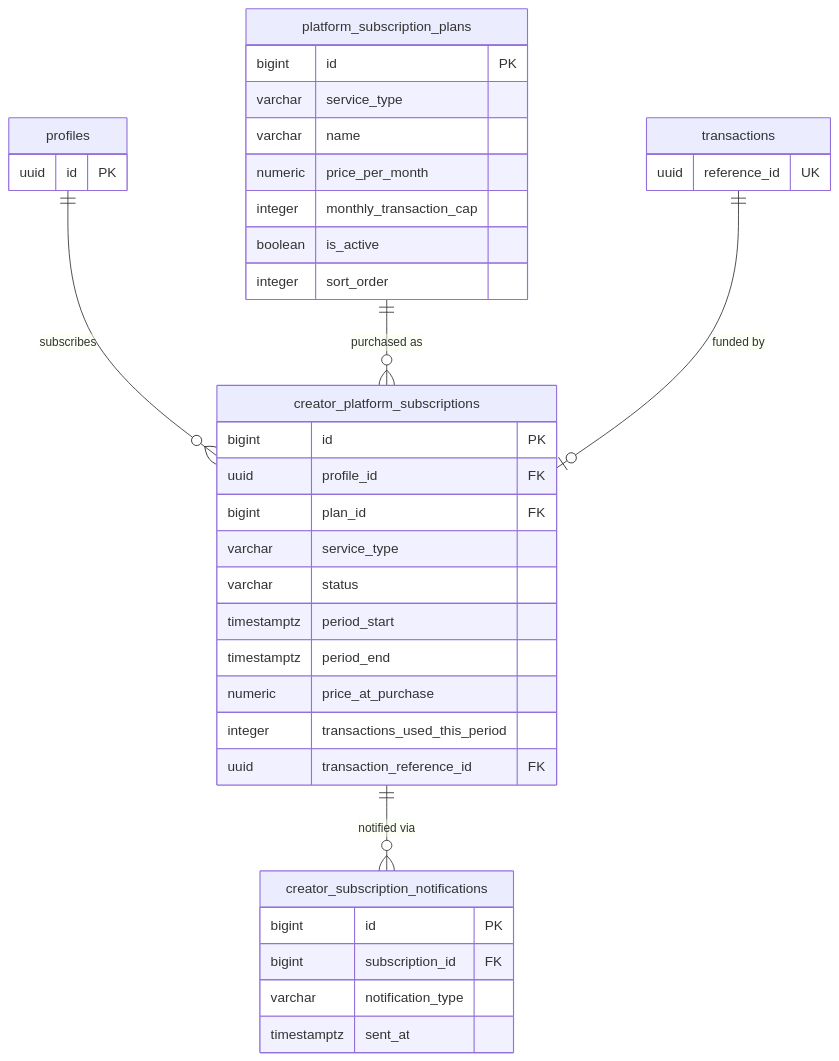
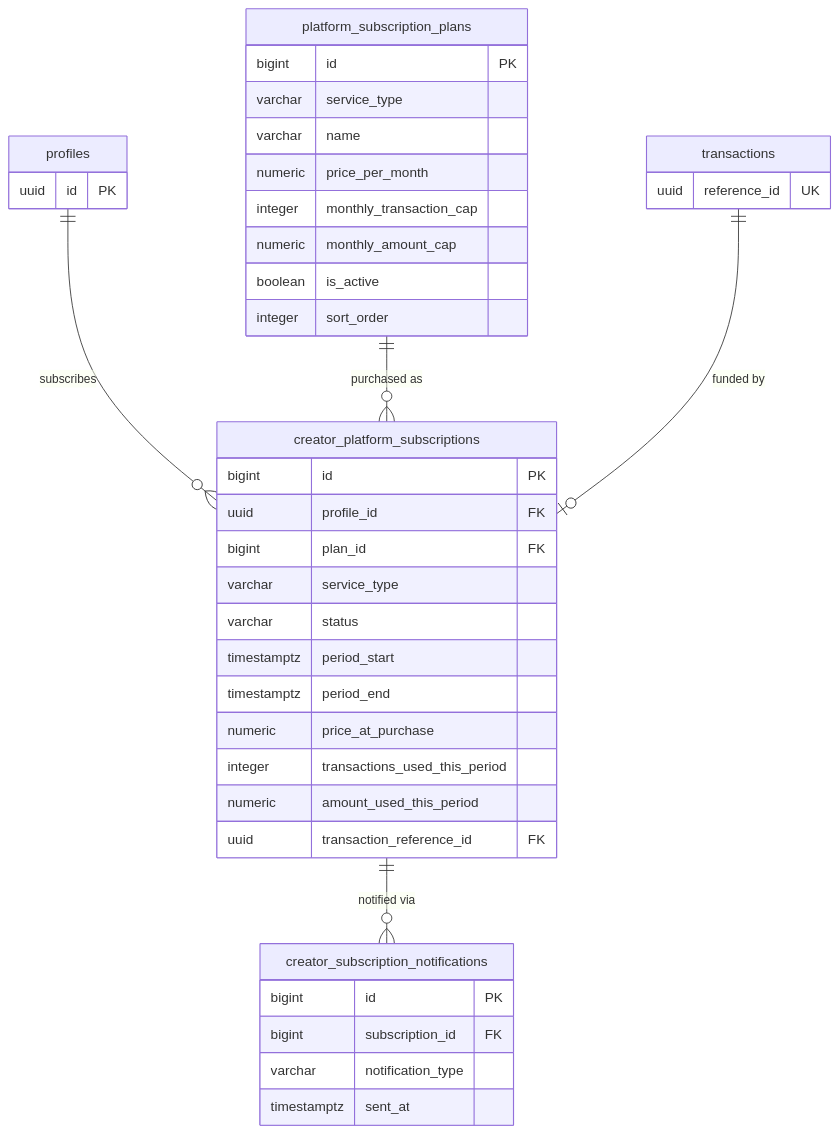
The first of 2 diagrams in docs/platform-subscriptions/backend/schema.md (hobenakicoffee/libraries), drawn with Mermaid before and after one commit. The commit also changed other lines of this file and 3 other files, not shown here.

````diff
--- a/docs/platform-subscriptions/backend/schema.md
+++ b/docs/platform-subscriptions/backend/schema.md
@@ -7,41 +7,43 @@
 ```mermaid
 erDiagram
     profiles {
         uuid id PK
     }
     platform_subscription_plans {
         bigint id PK
         varchar service_type
         varchar name
         numeric price_per_month
         integer monthly_transaction_cap
+        numeric monthly_amount_cap
         boolean is_active
         integer sort_order
     }
     creator_platform_subscriptions {
         bigint id PK
         uuid profile_id FK
         bigint plan_id FK
         varchar service_type
         varchar status
         timestamptz period_start
         timestamptz period_end
         numeric price_at_purchase
         integer transactions_used_this_period
+        numeric amount_used_this_period
         uuid transaction_reference_id FK
     }
     creator_subscription_notifications {
         bigint id PK
         bigint subscription_id FK
         varchar notification_type
         timestamptz sent_at
     }
     transactions {
         uuid reference_id UK
     }
 
     profiles ||--o{ creator_platform_subscriptions : "subscribes"
     platform_subscription_plans ||--o{ creator_platform_subscriptions : "purchased as"
     creator_platform_subscriptions ||--o{ creator_subscription_notifications : "notified via"
     transactions ||--o| creator_platform_subscriptions : "funded by"
 ```
````
